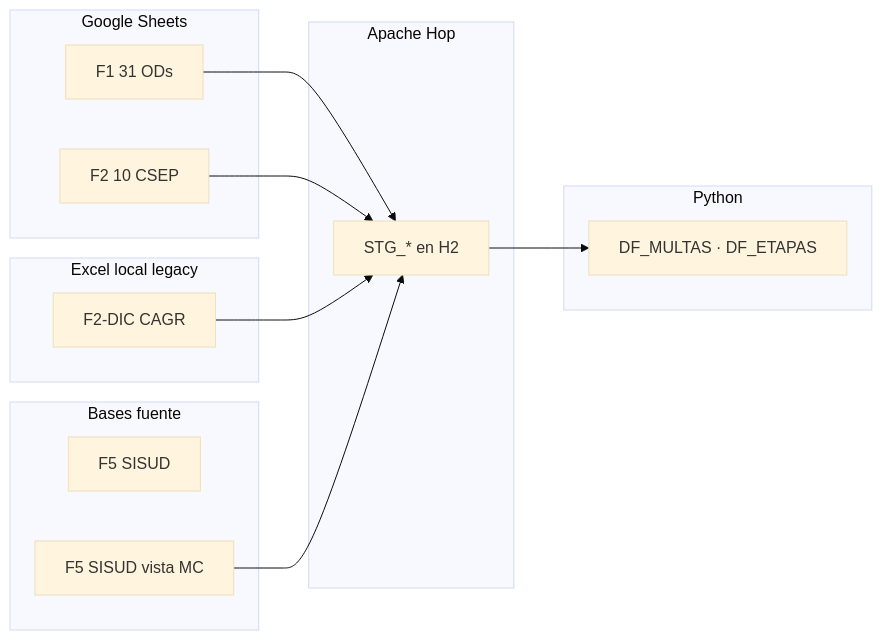
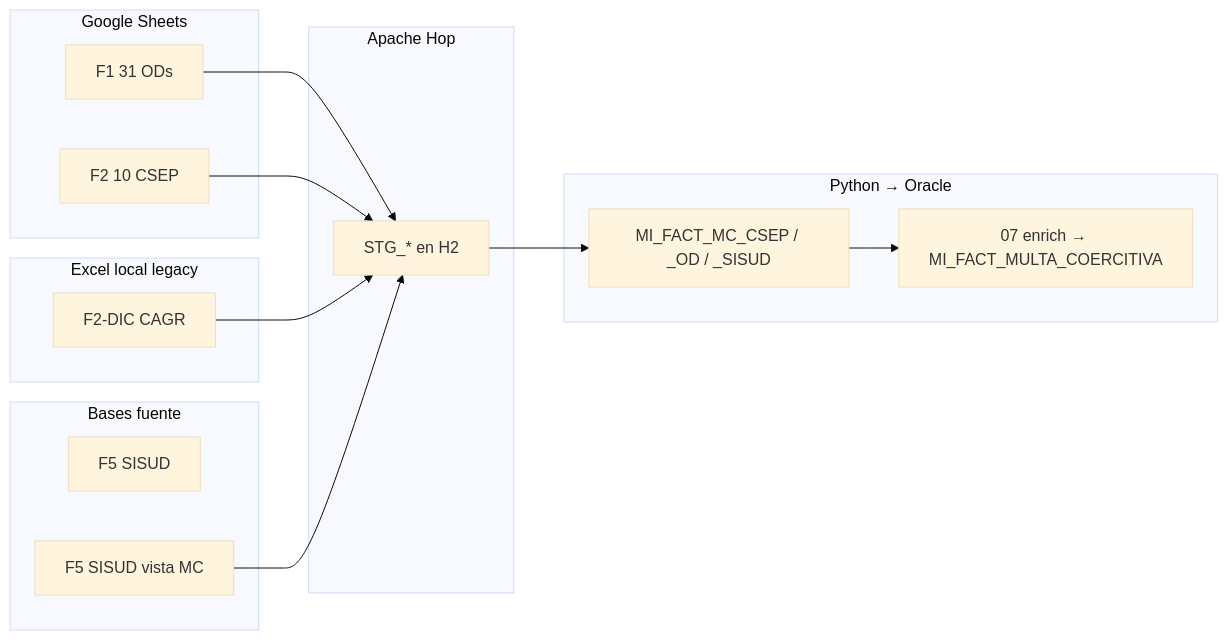
One commit to nwodevops/multa_informes_etl changed the diagram in docs/inputs/README.md. Above: the diagram before and after it, drawn with Mermaid (base theme). The commit also changed other lines of this file and 46 other files, not shown here.

````diff
--- a/docs/inputs/README.md
+++ b/docs/inputs/README.md
@@ -28,30 +28,31 @@
 ```mermaid
 flowchart LR
   subgraph sheets [Google Sheets]
     F1["F1 31 ODs"]
     F2["F2 10 CSEP"]
   end
 
   subgraph excel [Excel local legacy]
     DIC["F2-DIC CAGR"]
   end
 
   subgraph remoto [Bases fuente]
     F5only["F5 SISUD"]
     F5["F5 SISUD vista MC"]
   end
 
   subgraph hop [Apache Hop]
     STG["STG_* en H2"]
   end
 
-  subgraph py [Python]
-    DF["DF_MULTAS · DF_ETAPAS"]
+  subgraph py [Python → Oracle]
+    EV["MI_FACT_MC_CSEP / _OD / _SISUD"]
+    ENR["07 enrich → MI_FACT_MULTA_COERCITIVA"]
   end
 
   F1 --> STG
   F2 --> STG
   DIC --> STG
   F5 --> STG
-  STG --> DF
+  STG --> EV --> ENR
 ```
````
